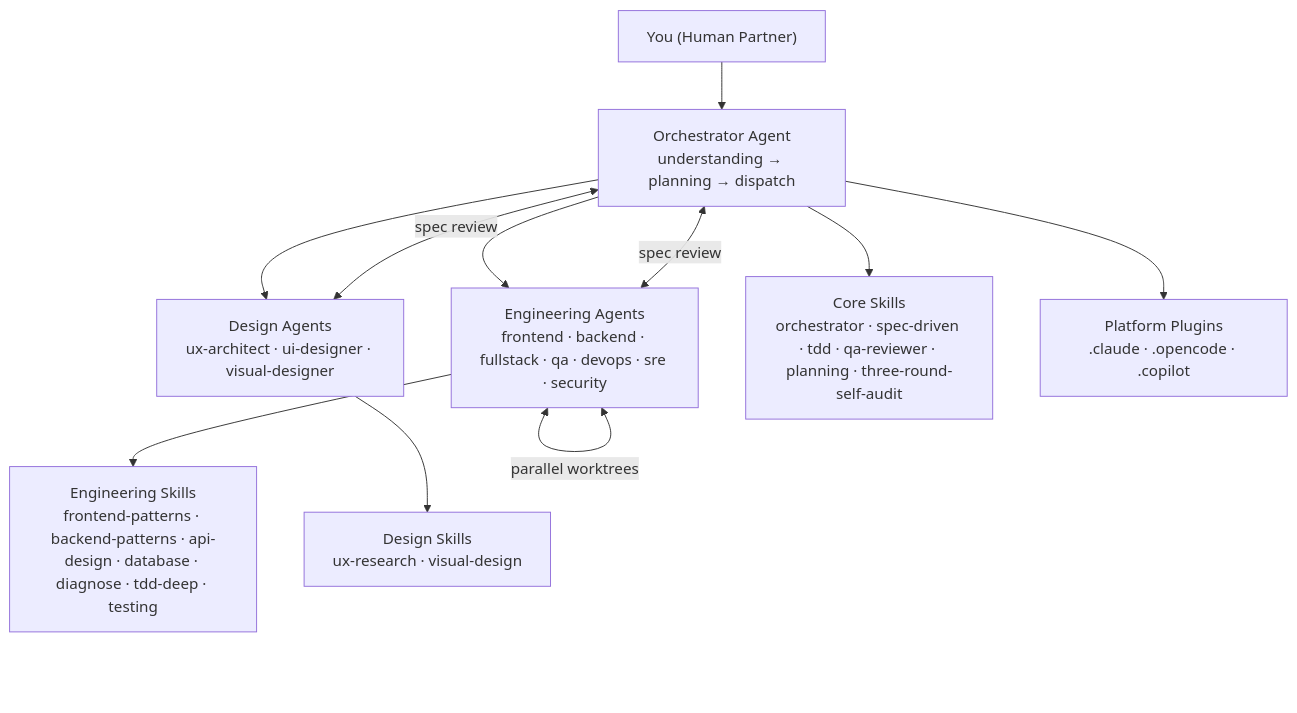
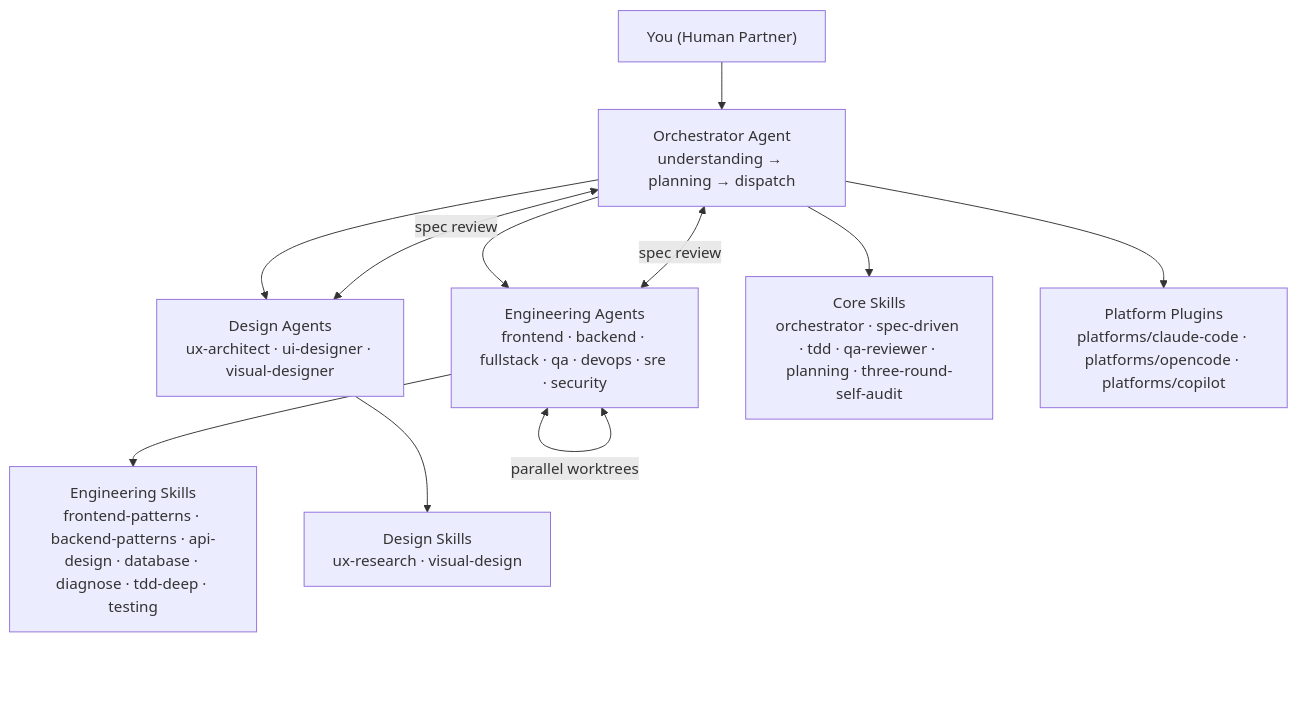
One commit to fcmfcm01/ai-dev-team-framework changed the diagram in README.md. Above: the diagram before and after it, drawn with Mermaid. The commit also changed other lines of this file and 29 other files, not shown here.

First line of the commit message:
refactor: isolate platform plugins into platforms/ directory

````diff
--- a/README.md
+++ b/README.md
@@ -13,23 +13,23 @@
 ```mermaid
 graph TD
     HP["You (Human Partner)"]
     ORC["Orchestrator Agent<br/>understanding → planning → dispatch"]
     EA["Engineering Agents<br/>frontend · backend · fullstack · qa · devops · sre · security"]
     DA["Design Agents<br/>ux-architect · ui-designer · visual-designer"]
     CS["Core Skills<br/>orchestrator · spec-driven · tdd · qa-reviewer · planning · three-round-self-audit"]
     ES["Engineering Skills<br/>frontend-patterns · backend-patterns · api-design · database · diagnose · tdd-deep · testing"]
     DS["Design Skills<br/>ux-research · visual-design"]
-    PP["Platform Plugins<br/>.claude · .opencode · .copilot"]
+    PP["Platform Plugins<br/>platforms/claude-code · platforms/opencode · platforms/copilot"]
 
     HP --> ORC
     ORC --> EA
     ORC --> DA
     ORC --> CS
     EA --> ES
     DA --> DS
     ORC --> PP
 
     EA <-->|"parallel worktrees"| EA
     EA <-->|"spec review"| ORC
     DA <-->|"spec review"| ORC
 ```
````
